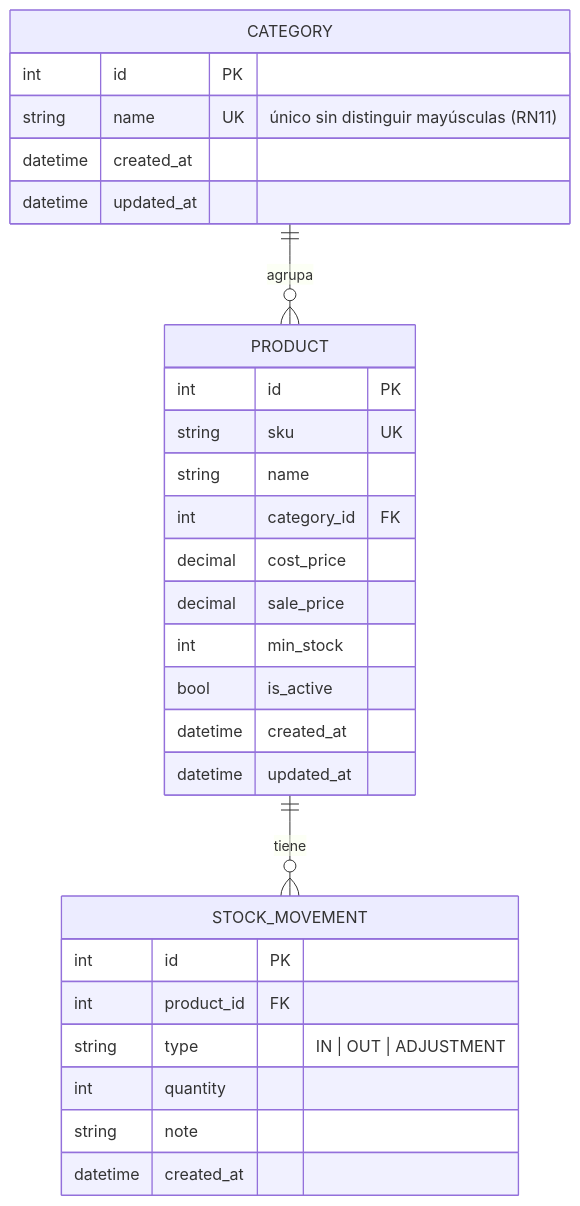
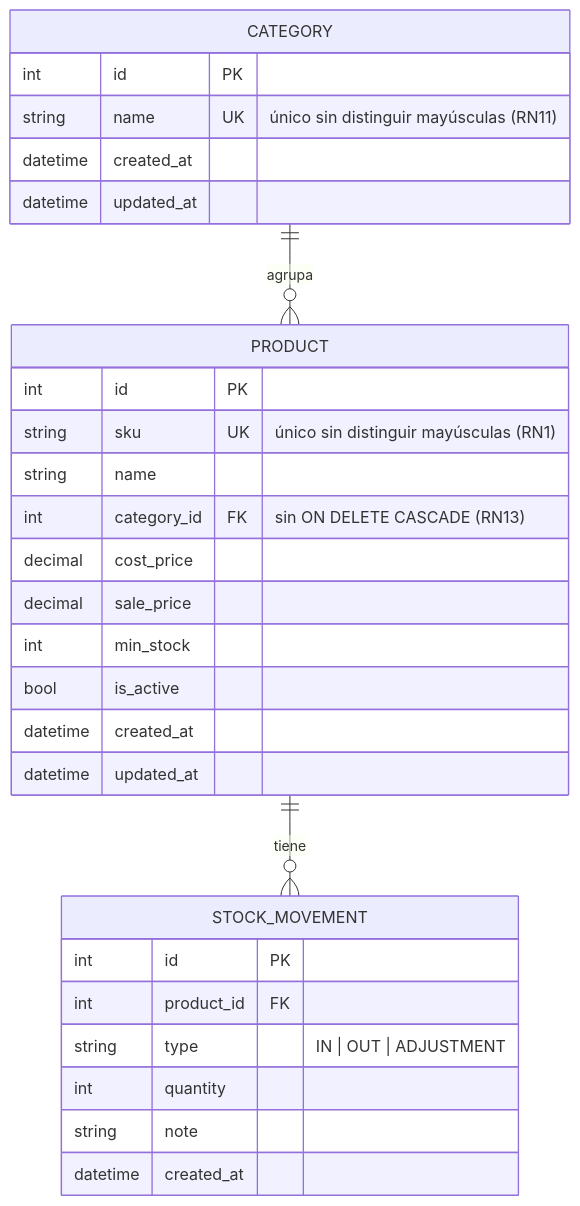
The diagram in SPEC.md (pablovskiestrada/stock-inventario), drawn with Mermaid before and after one commit. The commit also changed other lines of this file, not shown here.

````diff
--- a/SPEC.md
+++ b/SPEC.md
@@ -32,32 +32,32 @@
 ```mermaid
 erDiagram
     CATEGORY ||--o{ PRODUCT : "agrupa"
     PRODUCT ||--o{ STOCK_MOVEMENT : "tiene"
 
     CATEGORY {
         int id PK
         string name UK "único sin distinguir mayúsculas (RN11)"
         datetime created_at
         datetime updated_at
     }
     PRODUCT {
         int id PK
-        string sku UK
+        string sku UK "único sin distinguir mayúsculas (RN1)"
         string name
-        int category_id FK
+        int category_id FK "sin ON DELETE CASCADE (RN13)"
         decimal cost_price
         decimal sale_price
         int min_stock
         bool is_active
         datetime created_at
         datetime updated_at
     }
     STOCK_MOVEMENT {
         int id PK
         int product_id FK
         string type "IN | OUT | ADJUSTMENT"
         int quantity
         string note
         datetime created_at
     }
 ```
````
